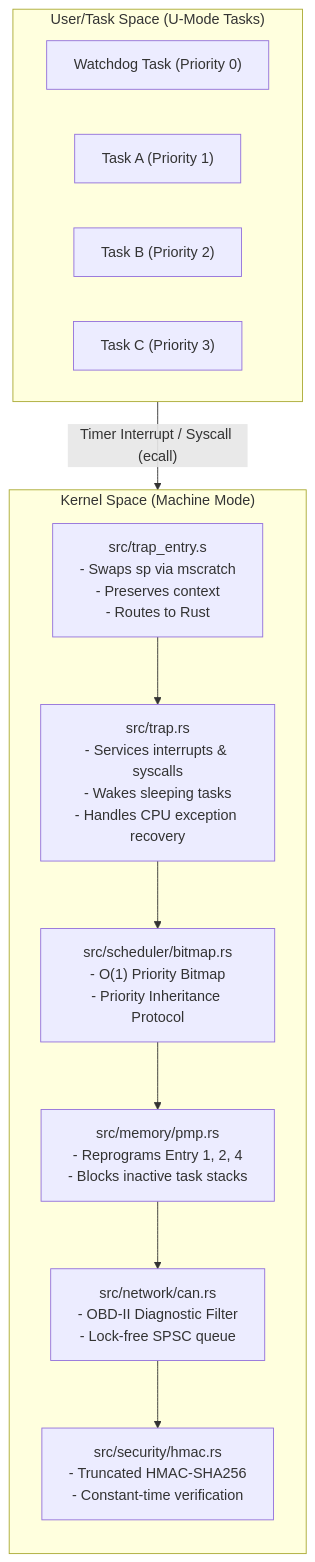
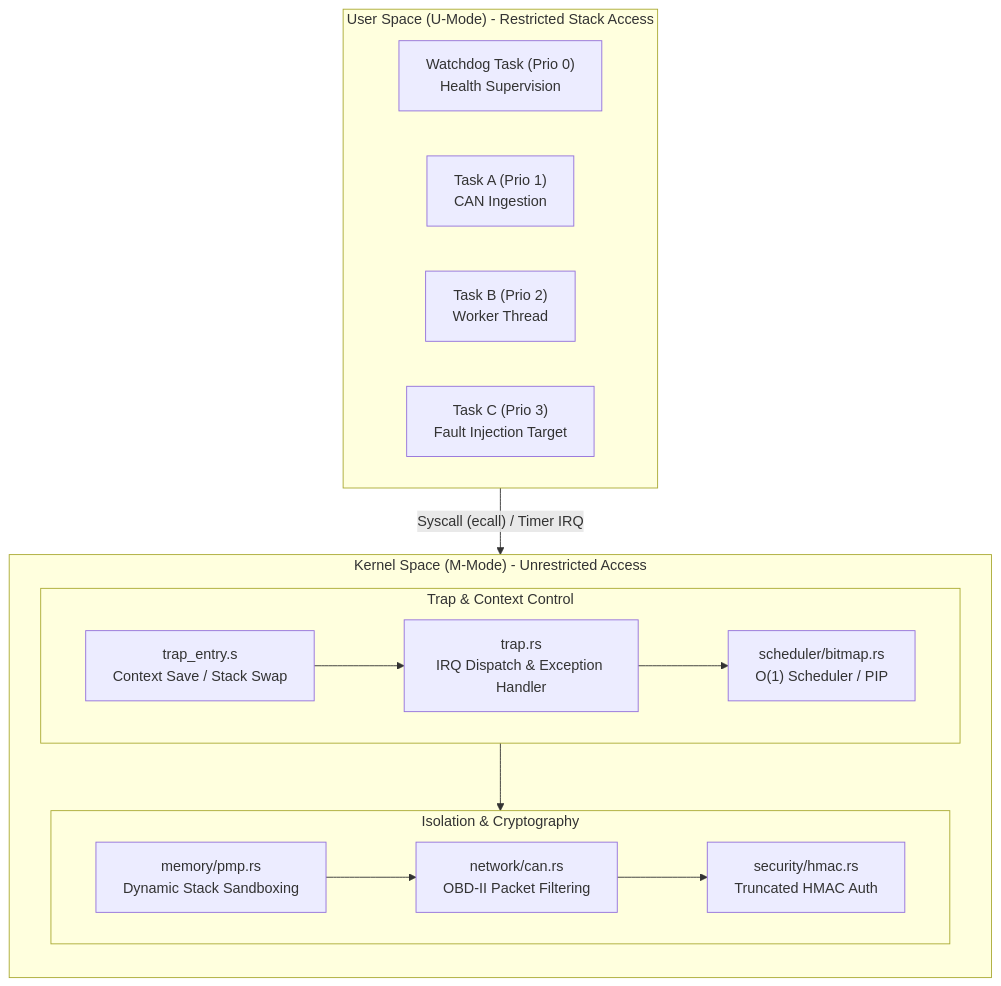
One commit to s7g4/cerberus-os changed the diagram in README.md. Above: the diagram before and after it, drawn with Mermaid. The commit also changed other lines of this file and 1 other file, not shown here.

````diff
--- a/README.md
+++ b/README.md
@@ -4,25 +17,35 @@
 ```mermaid
 flowchart TB
-    subgraph UserSpace ["User/Task Space (U-Mode Tasks)"]
+    subgraph UserSpace ["User Space (U-Mode) - Restricted Stack Access"]
         direction LR
-        WDTask["Watchdog Task (Priority 0)"]
-        TaskA["Task A (Priority 1)"]
-        TaskB["Task B (Priority 2)"]
-        TaskC["Task C (Priority 3)"]
+        WDTask["Watchdog Task (Prio 0)<br/>Health Supervision"]
+        TaskA["Task A (Prio 1)<br/>CAN Ingestion"]
+        TaskB["Task B (Prio 2)<br/>Worker Thread"]
+        TaskC["Task C (Prio 3)<br/>Fault Injection Target"]
     end
-    UserSpace -->|"Timer Interrupt / Syscall (ecall)"| TrapEntry
-    subgraph KernelSpace ["Kernel Space (Machine Mode)"]
+
+    UserSpace -->|"Syscall (ecall) / Timer IRQ"| TrapEntry
+
+    subgraph KernelSpace ["Kernel Space (M-Mode) - Unrestricted Access"]
         direction TB
-        TrapEntry["src/trap_entry.s\n- Swaps sp via mscratch\n- Preserves context\n- Routes to Rust"]
-        TrapRust["src/trap.rs\n- Services interrupts & syscalls\n- Wakes sleeping tasks\n- Handles CPU exception recovery"]
-        Scheduler["src/scheduler/bitmap.rs\n- O(1) Priority Bitmap\n- Priority Inheritance Protocol"]
-        PMP["src/memory/pmp.rs\n- Reprograms Entry 1, 2, 4\n- Blocks inactive task stacks"]
-        CAN["src/network/can.rs\n- OBD-II Diagnostic Filter\n- Lock-free SPSC queue"]
-        HMAC["src/security/hmac.rs\n- Truncated HMAC-SHA256\n- Constant-time verification"]
-        TrapEntry --> TrapRust
-        TrapRust --> Scheduler
-        Scheduler --> PMP
-        PMP --> CAN
-        CAN --> HMAC
+        subgraph Execution ["Trap & Context Control"]
+            direction LR
+            TrapEntry["trap_entry.s<br/>Context Save / Stack Swap"]
+            TrapRust["trap.rs<br/>IRQ Dispatch & Exception Handler"]
+            Scheduler["scheduler/bitmap.rs<br/>O(1) Scheduler / PIP"]
+            TrapEntry --> TrapRust
+            TrapRust --> Scheduler
+        end
+
+        subgraph SecurityNetwork ["Isolation & Cryptography"]
+            direction LR
+            PMP["memory/pmp.rs<br/>Dynamic Stack Sandboxing"]
+            CAN["network/can.rs<br/>OBD-II Packet Filtering"]
+            HMAC["security/hmac.rs<br/>Truncated HMAC Auth"]
+            PMP --> CAN
+            CAN --> HMAC
+        end
+
+        Execution --> PMP
     end
 ```
````
